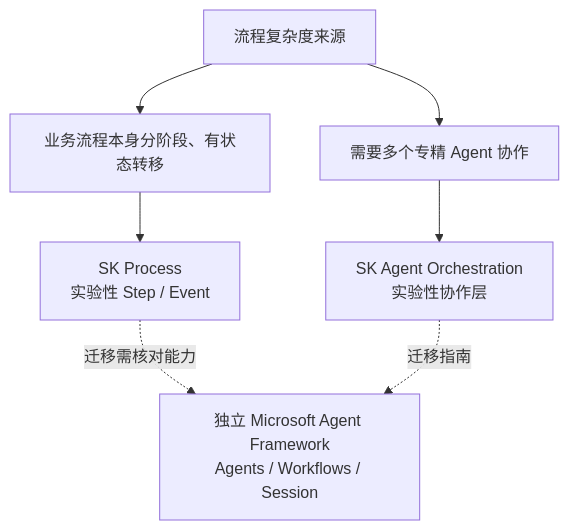
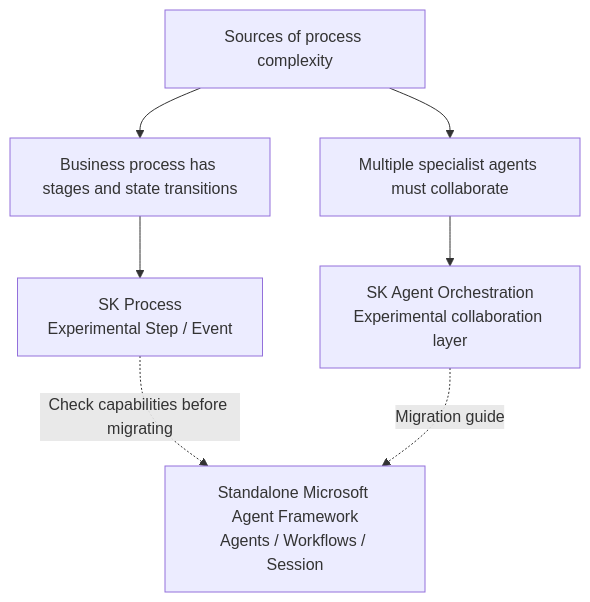
One commit to oneleaveknowsthefall/awesome-ai-roadmap changed the diagram in docs/frameworks/04-semantic-kernel/19-process-and-agent-framework.md. Above: the diagram before and after it, drawn with Mermaid. The commit also changed other lines of this file and 70 other files, not shown here.

````diff
--- a/docs/frameworks/04-semantic-kernel/19-process-and-agent-framework.md
+++ b/docs/frameworks/04-semantic-kernel/19-process-and-agent-framework.md
@@ -15,9 +15,9 @@
 ```mermaid
 flowchart TB
-    C["流程复杂度来源"] --> B1["业务流程本身分阶段、有状态转移"]
-    C --> B2["需要多个专精 Agent 协作"]
-    B1 --> PF["SK Process<br/>实验性 Step / Event"]
-    B2 --> AF["SK Agent Orchestration<br/>实验性协作层"]
-    PF -.迁移需核对能力.-> MAF["独立 Microsoft Agent Framework<br/>Agents / Workflows / Session"]
-    AF -.迁移指南.-> MAF
+    C["Sources of process complexity"] --> B1["Business process has stages and state transitions"]
+    C --> B2["Multiple specialist agents must collaborate"]
+    B1 --> PF["SK Process<br/>Experimental Step / Event"]
+    B2 --> AF["SK Agent Orchestration<br/>Experimental collaboration layer"]
+    PF -.Check capabilities before migrating.-> MAF["Standalone Microsoft Agent Framework<br/>Agents / Workflows / Session"]
+    AF -.Migration guide.-> MAF
 ```
````
